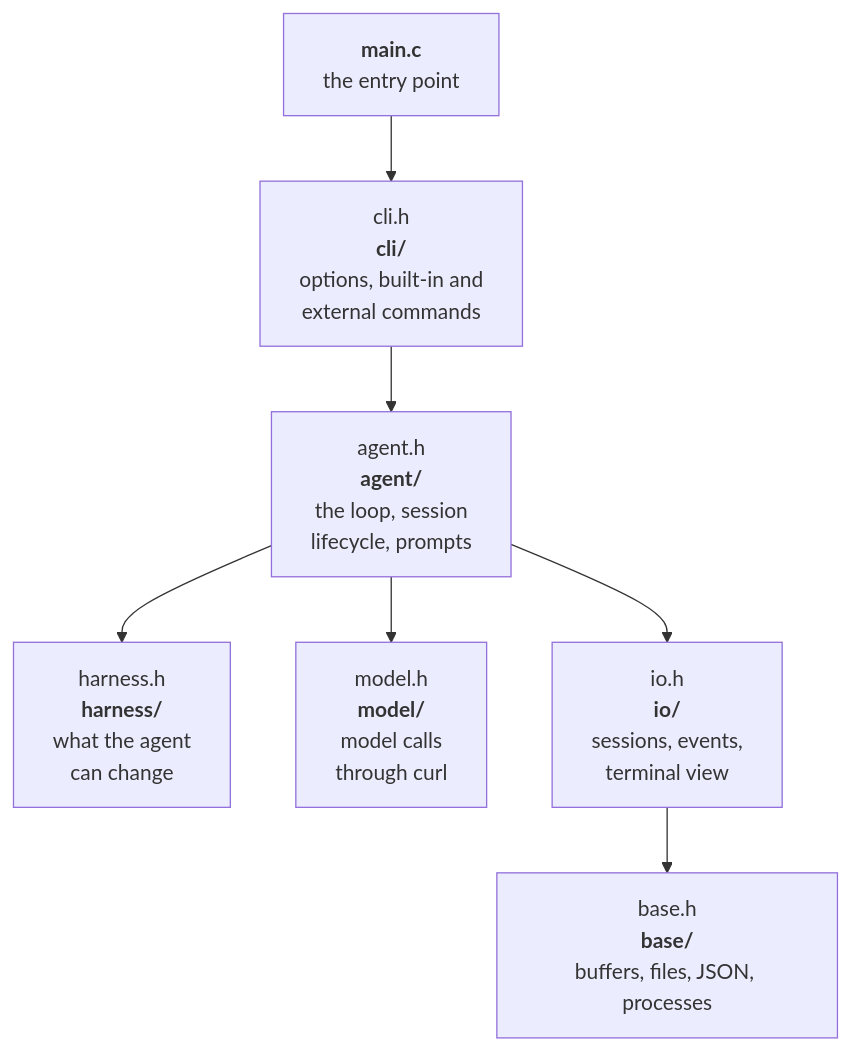
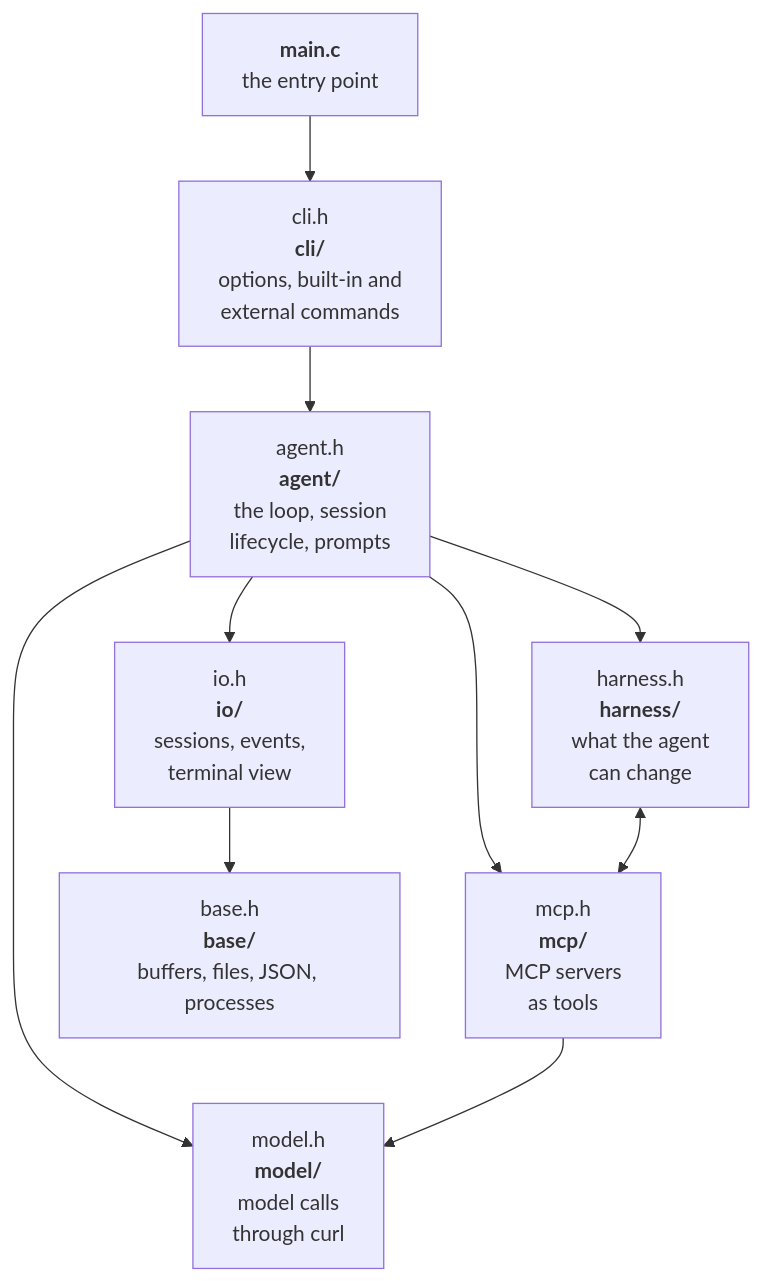
One commit to woodfordbl/arx changed the diagram in docs/architecture.md. Above: the diagram before and after it, drawn with Mermaid. The commit also changed other lines of this file and 12 other files, not shown here.

First line of the commit message:
Document MCP servers and finish the MCP tests

````diff
--- a/docs/architecture.md
+++ b/docs/architecture.md
@@ -52,14 +53,18 @@
 ```mermaid
 flowchart TD
   accTitle: Source layout
   main["<b>main.c</b><br>the entry point"]
   cli["cli.h<br><b>cli/</b><br>options, built-in and<br>external commands"]
   agent["agent.h<br><b>agent/</b><br>the loop, session<br>lifecycle, prompts"]
   harness["harness.h<br><b>harness/</b><br>what the agent<br>can change"]
+  mcp["mcp.h<br><b>mcp/</b><br>MCP servers<br>as tools"]
   model["model.h<br><b>model/</b><br>model calls<br>through curl"]
   io["io.h<br><b>io/</b><br>sessions, events,<br>terminal view"]
   base["base.h<br><b>base/</b><br>buffers, files, JSON, processes"]
   main --> cli --> agent
   agent --> harness & model & io
+  agent --> mcp
+  harness <--> mcp
+  mcp --> model
   io --> base
 ```
````
